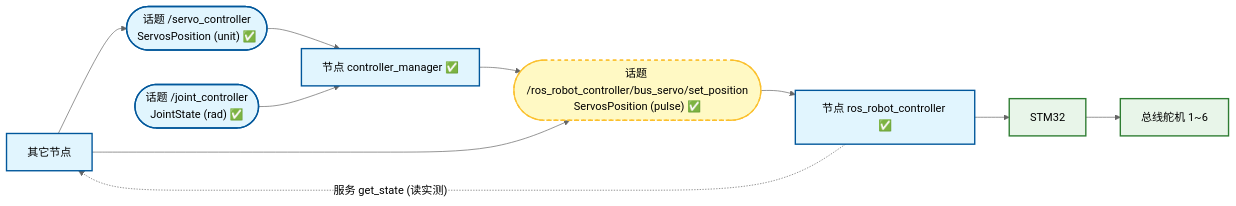
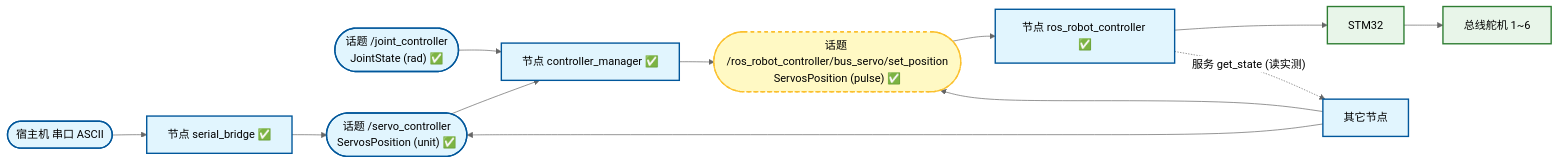
Before and after one commit to ianhequn/ArmPi_Ultra_260913: the second of 4 diagrams in My_note/dev/代码组织结构.md, drawn with Mermaid (neutral theme). The commit also changed other lines of this file and 15 other files, not shown here.

Commit message:
新增 arm_serial_bridge 包：宿主串口 ASCII 命令 → /servo_controller；含协议单测/宿主机脚本/launch，硬件联调通过

````diff
--- a/My_note/dev/代码组织结构.md
+++ b/My_note/dev/代码组织结构.md
@@ -65,21 +73,24 @@
 ```mermaid
 flowchart LR
   classDef node fill:#e1f5fe,stroke:#01579b,stroke-width:2px,color:#000
   classDef topic fill:#fff9c4,stroke:#fbc02d,stroke-width:2px,stroke-dasharray:5 5,color:#000
   classDef hw fill:#e8f5e9,stroke:#2e7d32,stroke-width:2px,color:#000
   classDef todo fill:#f3e5f5,stroke:#8e24aa,stroke-width:2px,stroke-dasharray:4 4,color:#000
 
+  HOSTIN(["宿主机 串口 ASCII"]):::node
+  N3["节点 serial_bridge ✅"]:::node
   EXT["其它节点"]:::node
   JOINT(["话题 /joint_controller<br/>JointState (rad) ✅"]):::node
   T1(["话题 /servo_controller<br/>ServosPosition (unit) ✅"]):::node
   N1["节点 controller_manager ✅"]:::node
   T2(["话题 /ros_robot_controller/bus_servo/set_position<br/>ServosPosition (pulse) ✅"]):::topic
   N2["节点 ros_robot_controller ✅"]:::node
   HW["STM32"]:::hw
   SRV["总线舵机 1~6"]:::hw
 
+  HOSTIN --> N3 --> T1
   EXT --> T1 --> N1 --> T2 --> N2 --> HW --> SRV
   EXT --> T2
   JOINT --> N1
   N2 -. "服务 get_state (读实测)" .-> EXT
 ```
````
